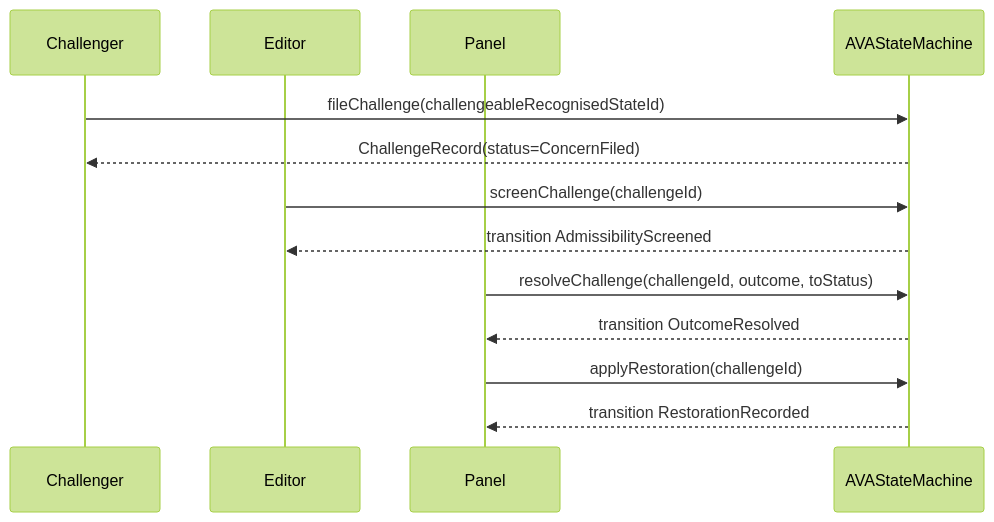
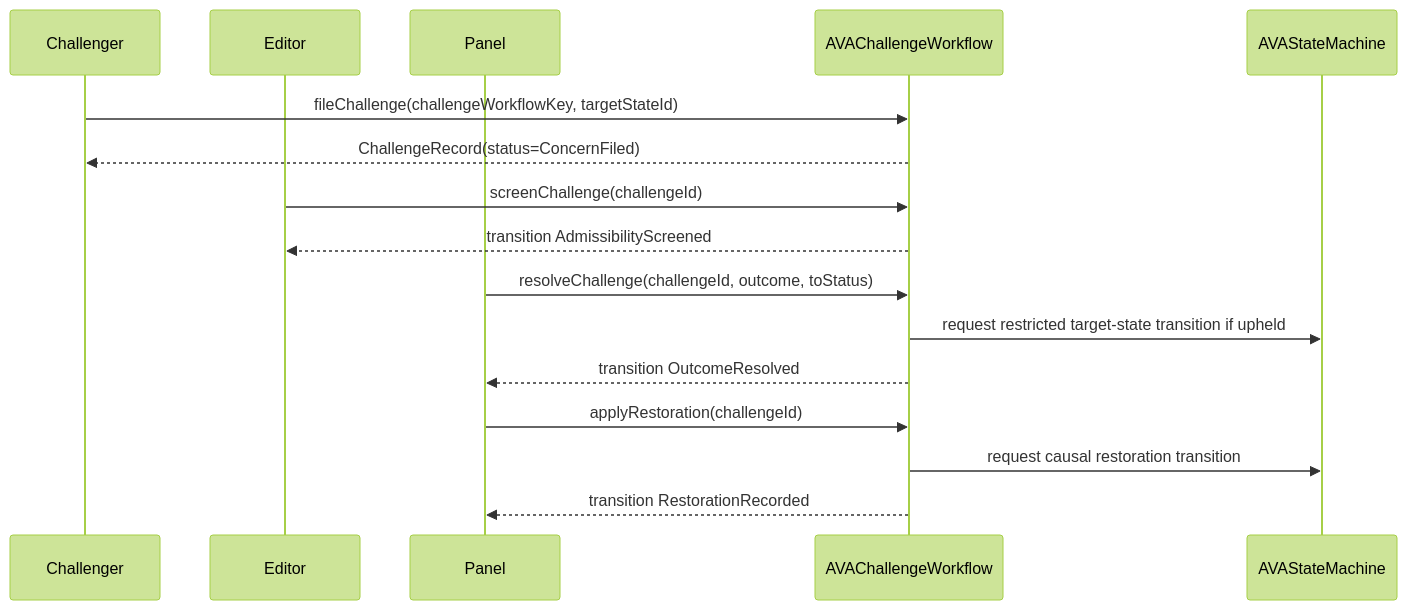
One commit to CyberChun0329/AVA-PeerReview changed the fifth of 9 diagrams in docs/demo-scenarios.md. Above: the diagram before and after it, drawn with Mermaid (forest theme). The commit also changed other lines of this file and 194 other files, not shown here.

````diff
--- a/docs/demo-scenarios.md
+++ b/docs/demo-scenarios.md
@@ -94,16 +166,19 @@
 ```mermaid
 sequenceDiagram
     participant Challenger
     participant Editor
     participant Panel
+    participant CW as AVAChallengeWorkflow
     participant SM as AVAStateMachine
 
-    Challenger->>SM: fileChallenge(challengeableRecognisedStateId)
-    SM-->>Challenger: ChallengeRecord(status=ConcernFiled)
-    Editor->>SM: screenChallenge(challengeId)
-    SM-->>Editor: transition AdmissibilityScreened
-    Panel->>SM: resolveChallenge(challengeId, outcome, toStatus)
-    SM-->>Panel: transition OutcomeResolved
-    Panel->>SM: applyRestoration(challengeId)
-    SM-->>Panel: transition RestorationRecorded
+    Challenger->>CW: fileChallenge(challengeWorkflowKey, targetStateId)
+    CW-->>Challenger: ChallengeRecord(status=ConcernFiled)
+    Editor->>CW: screenChallenge(challengeId)
+    CW-->>Editor: transition AdmissibilityScreened
+    Panel->>CW: resolveChallenge(challengeId, outcome, toStatus)
+    CW->>SM: request restricted target-state transition if upheld
+    CW-->>Panel: transition OutcomeResolved
+    Panel->>CW: applyRestoration(challengeId)
+    CW->>SM: request causal restoration transition
+    CW-->>Panel: transition RestorationRecorded
 ```
````
